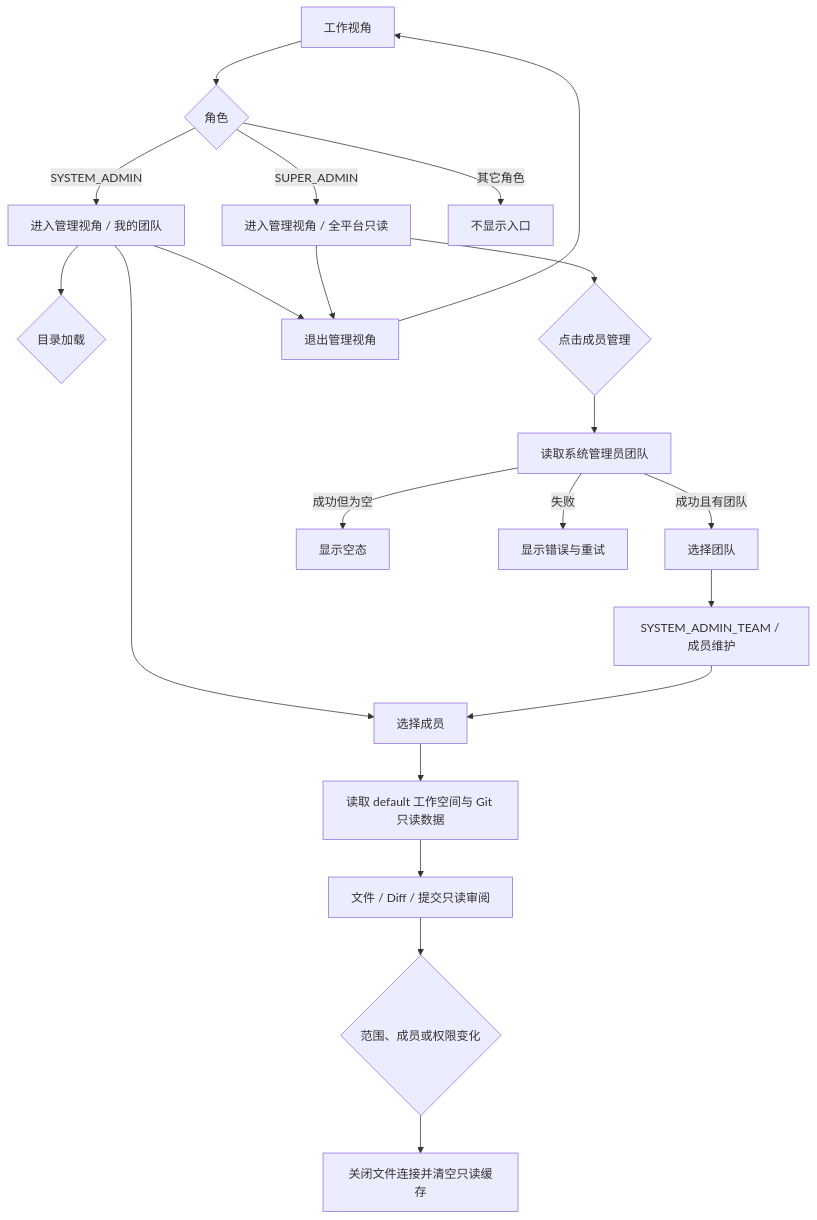
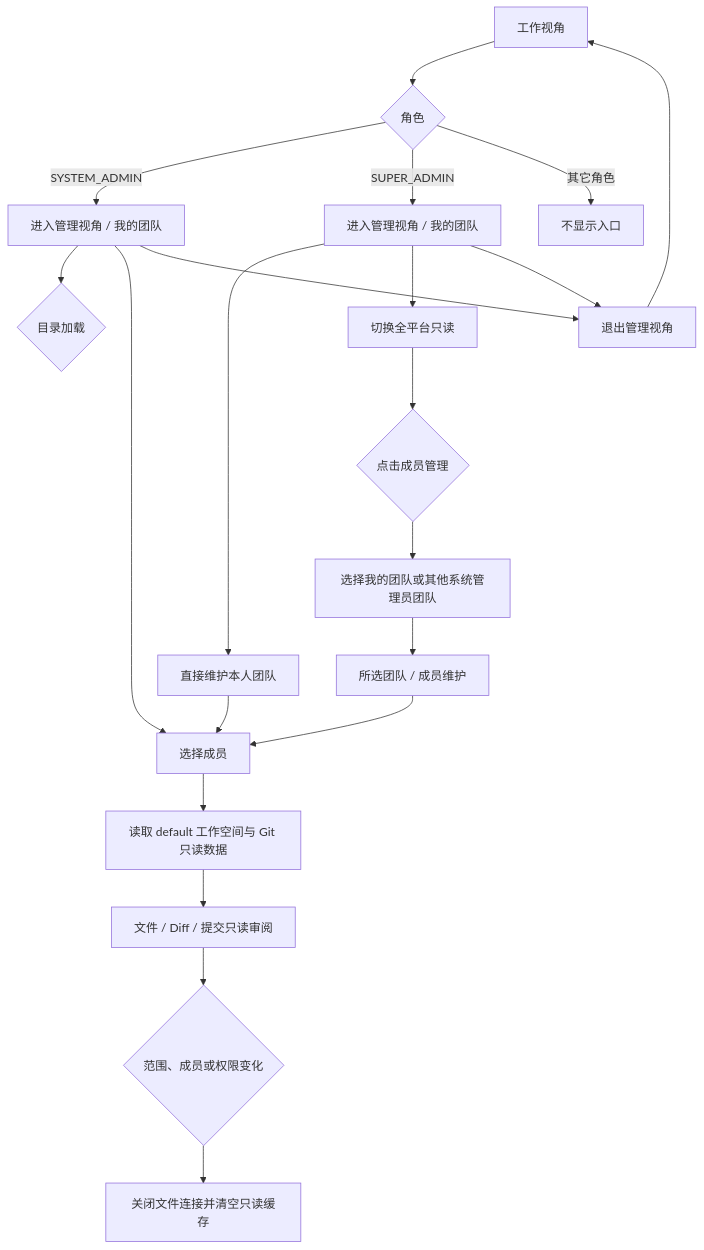
One commit to RKK222/intelligent-test-agent changed the diagram in docs/testing/team-management-test-cases.md. Above: the diagram before and after it, drawn with Mermaid. The commit also changed other lines of this file and 9 other files, not shown here.

````diff
--- a/docs/testing/team-management-test-cases.md
+++ b/docs/testing/team-management-test-cases.md
@@ -5,23 +5,23 @@
 ```mermaid
 flowchart TD
   A[工作视角] --> B{角色}
   B -- SYSTEM_ADMIN --> C[进入管理视角 / 我的团队]
-  B -- SUPER_ADMIN --> D[进入管理视角 / 全平台只读]
+  B -- SUPER_ADMIN --> D[进入管理视角 / 我的团队]
   B -- 其它角色 --> E[不显示入口]
   C --> F{目录加载}
-  D --> G{点击成员管理}
-  G --> H[读取系统管理员团队]
-  H -- 成功且有团队 --> I[选择团队]
-  H -- 成功但为空 --> J[显示空态]
-  H -- 失败 --> K[显示错误与重试]
-  I --> L[SYSTEM_ADMIN_TEAM / 成员维护]
+  D --> G[直接维护本人团队]
+  G --> M
+  D --> H[切换全平台只读]
+  H --> I{点击成员管理}
+  I --> J[选择我的团队或其他系统管理员团队]
+  J --> L[所选团队 / 成员维护]
   C --> M[选择成员]
   L --> M
   M --> N[读取 default 工作空间与 Git 只读数据]
   N --> O[文件 / Diff / 提交只读审阅]
   O --> P{范围、成员或权限变化}
   P --> Q[关闭文件连接并清空只读缓存]
   C --> R[退出管理视角]
   D --> R
   R --> A
 ```
````
